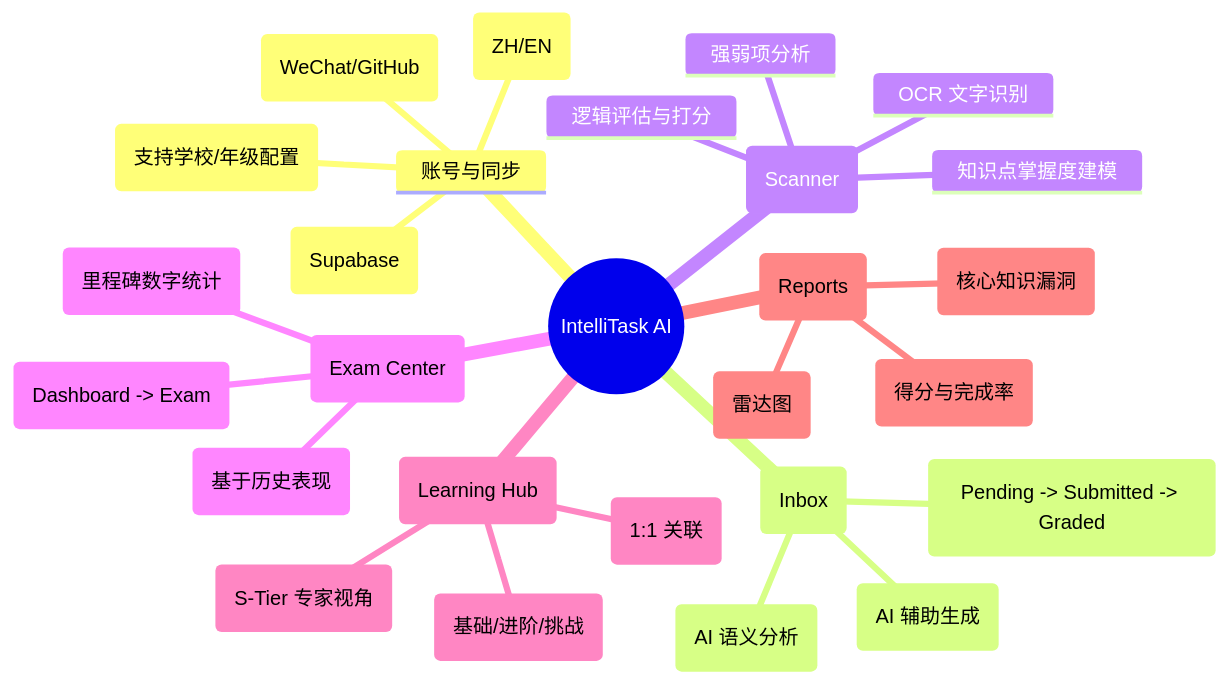
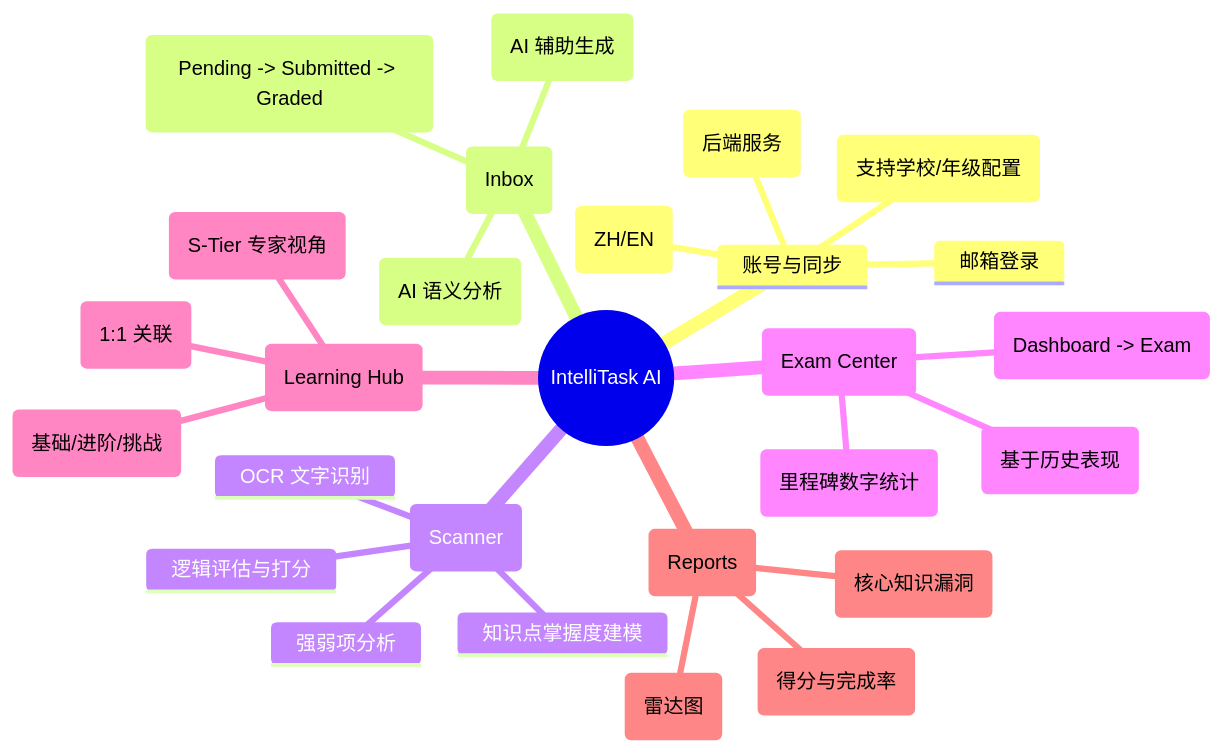
Before and after one commit to yale-zhang/homeWorkTask: the first of 2 diagrams in README.md, drawn with Mermaid. The commit also changed other lines of this file and 10 other files, not shown here.

````diff
--- a/README.md
+++ b/README.md
@@ -10,30 +10,30 @@
 ```mermaid
 mindmap
   root((IntelliTask AI))
     账号与同步
-      多账号切换 (WeChat/GitHub)
-      云端持久化 (Supabase)
+      邮箱登录
+      云端持久化 (后端服务)
       资料管理 (支持学校/年级配置)
       国际化 (ZH/EN)
     作业采集 (Inbox)
       IM群聊提取 (AI 语义分析)
       手动录入 (AI 辅助生成)
       任务状态流转 (Pending -> Submitted -> Graded)
     AI 批改扫描 (Scanner)
       OCR 文字识别
       逻辑评估与打分
       强弱项分析
       知识点掌握度建模
     备考中心 (Exam Center)
       学术里程碑 (里程碑数字统计)
       AI 备考方针 (基于历史表现)
       点击穿透导航 (Dashboard -> Exam)
     自适应学习 (Learning Hub)
       深度学情剖析 (S-Tier 专家视角)
       按作业切换计划 (1:1 关联)
       阶梯式任务 (基础/进阶/挑战)
     数据可视化 (Reports)
       趋势分析 (得分与完成率)
       能力图谱 (雷达图)
       漏洞预警 (核心知识漏洞)
 ```
````
